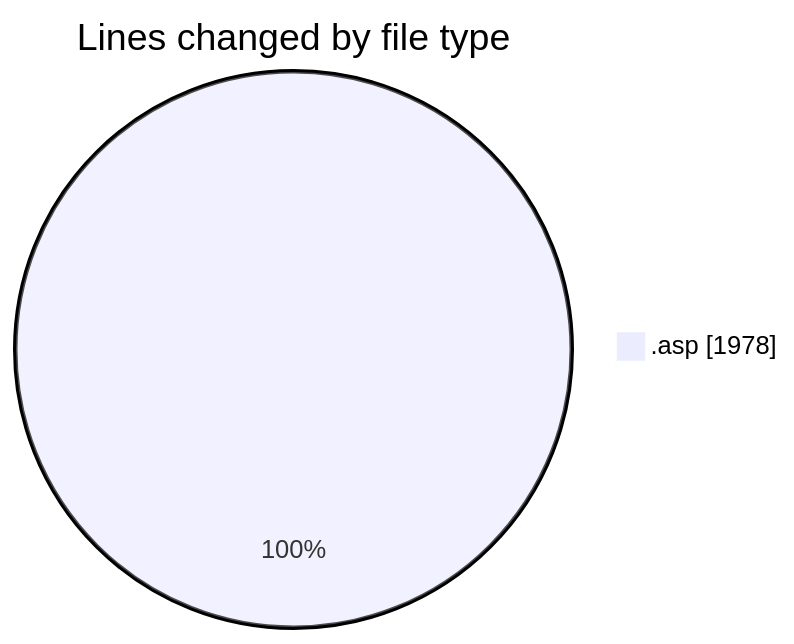
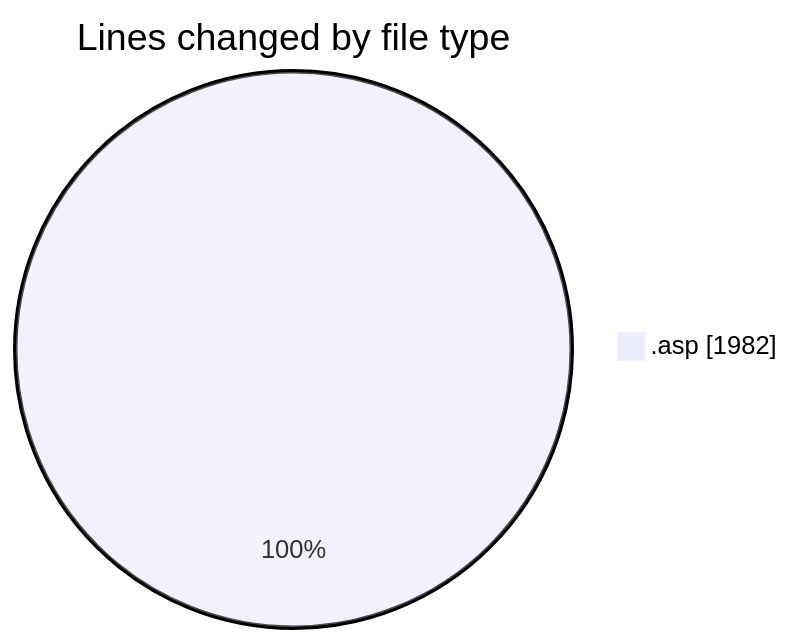
One commit to julien-gomy/code-tracking changed the first of 2 diagrams in 2025-10-24/usr_aleoudev_fr__workspace_/README.md. Above: the diagram before and after it, drawn with Mermaid. The commit also changed other lines of this file and 1 other file, not shown here.

````diff
--- a/2025-10-24/usr_aleoudev_fr__workspace_/README.md
+++ b/2025-10-24/usr_aleoudev_fr__workspace_/README.md
@@ -20,5 +20,5 @@
 ```mermaid
 pie showData
 title Lines changed by file type
-".asp" : 1978
+".asp" : 1982
 ```
````
